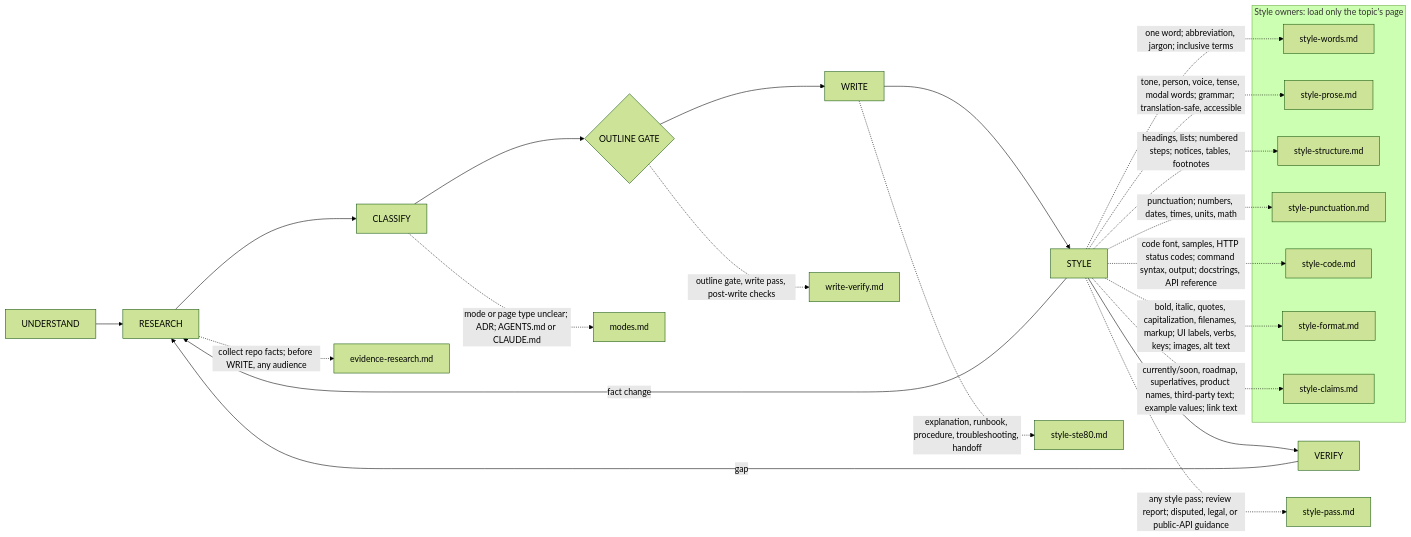
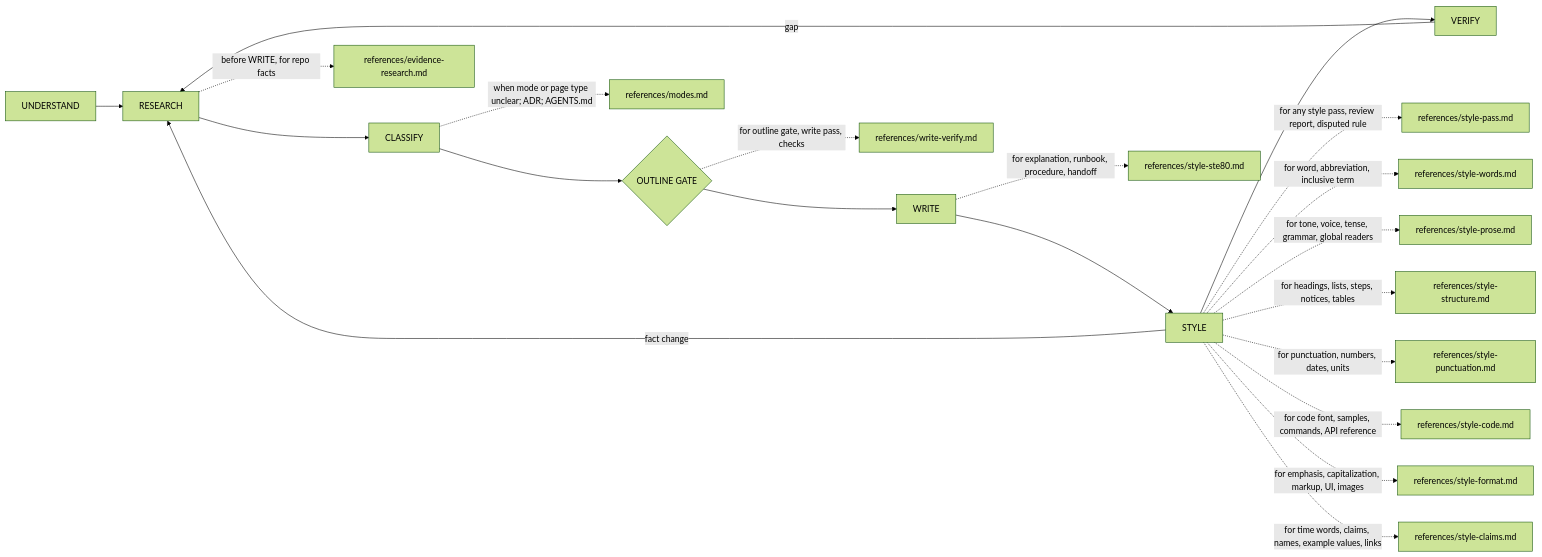
Before and after one commit to bgauryy/octocode: the diagram in skills/octocode-documentation/SKILL.md, drawn with Mermaid (forest theme). The commit also changed other lines of this file and 374 other files, not shown here.

````diff
--- a/skills/octocode-documentation/SKILL.md
+++ b/skills/octocode-documentation/SKILL.md
@@ -15,28 +12,19 @@
 ```mermaid
 flowchart LR
   U[UNDERSTAND] --> R[RESEARCH] --> C[CLASSIFY] --> G{OUTLINE GATE}
   G --> W[WRITE] --> S[STYLE] --> V[VERIFY]
   S -->|fact change| R
   V -->|gap| R
-  R -. "collect repo facts; before WRITE, any audience" .-> E["evidence-research.md"]
-  C -. "mode or page type unclear; ADR; AGENTS.md or CLAUDE.md" .-> M["modes.md"]
-  G -. "outline gate, write pass, post-write checks" .-> WV["write-verify.md"]
-  W -. "explanation, runbook, procedure, troubleshooting, handoff" .-> STE["style-ste80.md"]
-  S -. "any style pass; review report; disputed, legal, or public-API guidance" .-> SP["style-pass.md"]
-  subgraph OWN["Style owners: load only the topic's page"]
-    SW["style-words.md"]
-    SR["style-prose.md"]
-    SS["style-structure.md"]
-    SU["style-punctuation.md"]
-    SC["style-code.md"]
-    SF["style-format.md"]
-    SL["style-claims.md"]
-  end
-  S -. "one word; abbreviation, jargon; inclusive terms" .-> SW
-  S -. "tone, person, voice, tense, modal words; grammar; translation-safe, accessible" .-> SR
-  S -. "headings, lists; numbered steps; notices, tables, footnotes" .-> SS
-  S -. "punctuation; numbers, dates, times, units, math" .-> SU
-  S -. "code font, samples, HTTP status codes; command syntax, output; docstrings, API reference" .-> SC
-  S -. "bold, italic, quotes, capitalization, filenames, markup; UI labels, verbs, keys; images, alt text" .-> SF
-  S -. "currently/soon, roadmap, superlatives, product names, third-party text; example values; link text" .-> SL
+  R -. "before WRITE, for repo facts" .-> E["references/evidence-research.md"]
+  C -. "when mode or page type unclear; ADR; AGENTS.md" .-> M["references/modes.md"]
+  G -. "for outline gate, write pass, checks" .-> WV["references/write-verify.md"]
+  W -. "for explanation, runbook, procedure, handoff" .-> STE["references/style-ste80.md"]
+  S -. "for any style pass, review report, disputed rule" .-> SP["references/style-pass.md"]
+  S -. "for word, abbreviation, inclusive term" .-> SW["references/style-words.md"]
+  S -. "for tone, voice, tense, grammar, global readers" .-> SR["references/style-prose.md"]
+  S -. "for headings, lists, steps, notices, tables" .-> SS["references/style-structure.md"]
+  S -. "for punctuation, numbers, dates, units" .-> SU["references/style-punctuation.md"]
+  S -. "for code font, samples, commands, API reference" .-> SC["references/style-code.md"]
+  S -. "for emphasis, capitalization, markup, UI, images" .-> SF["references/style-format.md"]
+  S -. "for time words, claims, names, example values, links" .-> SL["references/style-claims.md"]
 ```
````
